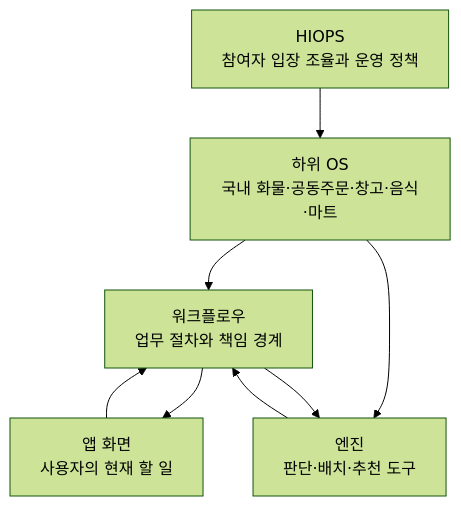
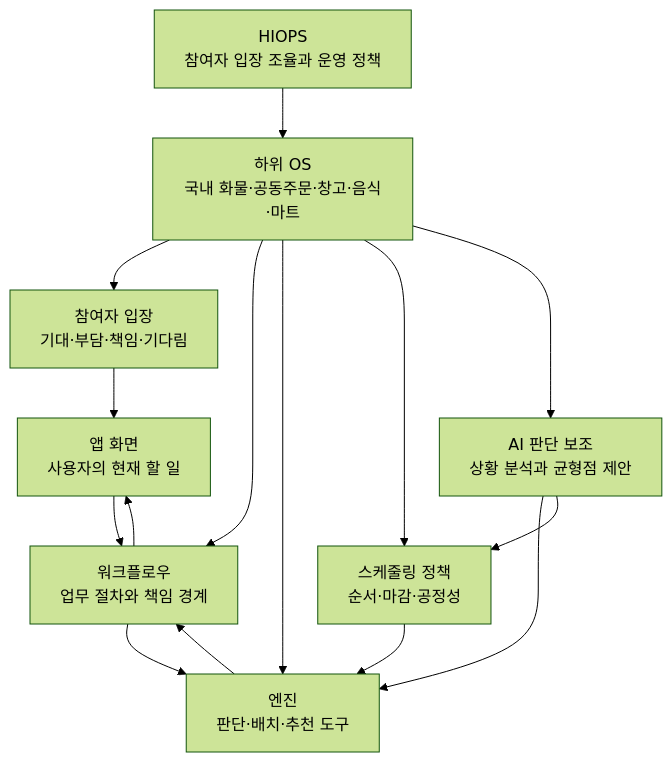
The first of 5 diagrams in docs/Architecture/EngineOverview.md (cheolwo/hongdal), drawn with Mermaid (forest theme) before and after one commit. The commit also changed other lines of this file and 3 other files, not shown here.

````diff
--- a/docs/Architecture/EngineOverview.md
+++ b/docs/Architecture/EngineOverview.md
@@ -15,16 +19,26 @@
 ```mermaid
 flowchart TD
     HIOPS["HIOPS<br/>참여자 입장 조율과 운영 정책"]
     OS["하위 OS<br/>국내 화물·공동주문·창고·음식·마트"]
+    Standpoint["참여자 입장<br/>기대·부담·책임·기다림"]
     Workflow["워크플로우<br/>업무 절차와 책임 경계"]
     Engine["엔진<br/>판단·배치·추천 도구"]
+    AI["AI 판단 보조<br/>상황 분석과 균형점 제안"]
     App["앱 화면<br/>사용자의 현재 할 일"]
+    Policy["스케줄링 정책<br/>순서·마감·공정성"]
 
     HIOPS --> OS
+    OS --> Standpoint
+    Standpoint --> App
     OS --> Workflow
     OS --> Engine
+    OS --> Policy
+    OS --> AI
     Workflow --> App
     App --> Workflow
     Workflow --> Engine
+    AI --> Engine
+    AI --> Policy
     Engine --> Workflow
+    Policy --> Engine
 ```
````
